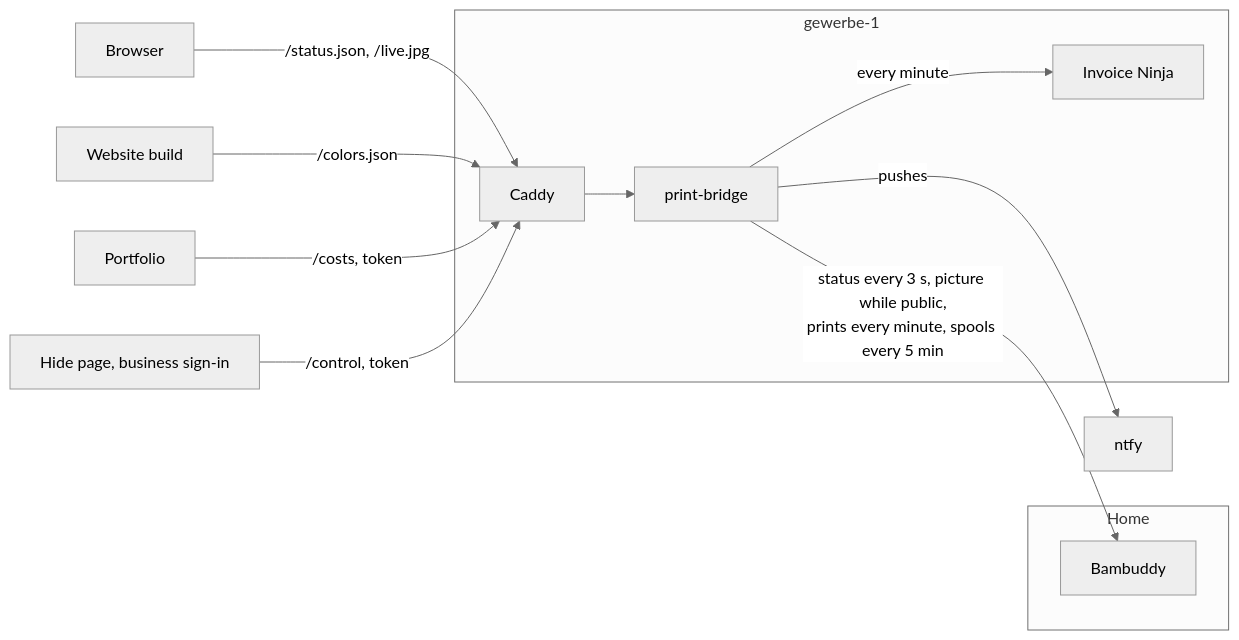
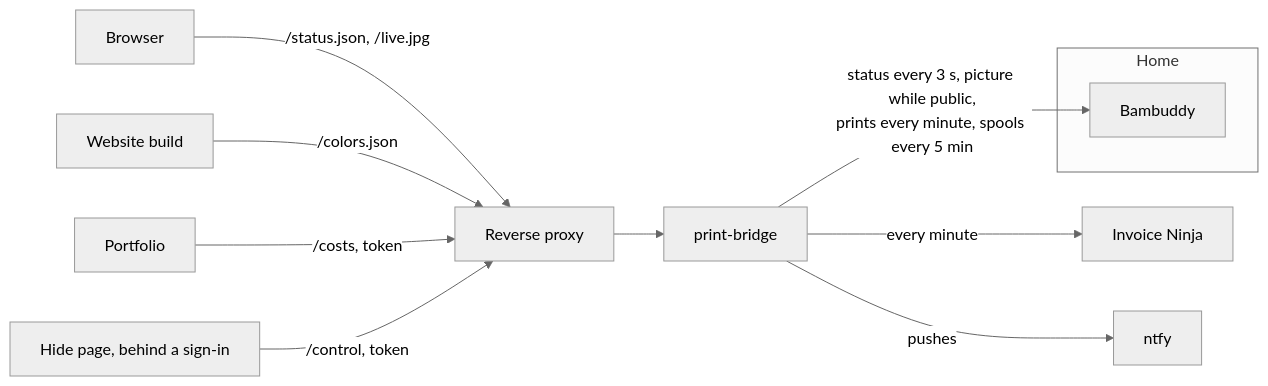
Before and after one commit to 3D-Bruckner/print-bridge: the diagram in README.md, drawn with Mermaid (neutral theme). The commit also changed other lines of this file and 1 other file, not shown here.

Commit message:
PRINT-BRIDGE #15: Keep where it runs out of the docs (#16)
* PRINT-BRIDGE #15: The hide page is print-bridge.3dbruckner.de

Claude-Session: https://claude.ai/code/session_01MmwmvsHLnEVSpV8K4xHe5Z

* PRINT-BRIDGE #15: Keep where it runs out of the docs

The README and CLAUDE.md named the server, the proxy, the sign-in and the
hide page's address. Those belong to the deployment (MarcelBruckner-Business
ansible and stacks); here the hide page is described as what the service
offers: /control, behind a sign-in.

Claude-Session: https://claude.ai/code/session_01MmwmvsHLnEVSpV8K4xHe5Z

---------

````diff
--- a/README.md
+++ b/README.md
@@ -5,19 +5,17 @@
 ```mermaid
 flowchart LR
   subgraph home["Home"]
     B["Bambuddy"]
   end
-  subgraph gewerbe["gewerbe-1"]
-    PB["print-bridge"]
-    IN["Invoice Ninja"]
-    C["Caddy"]
-  end
+  PB["print-bridge"]
+  IN["Invoice Ninja"]
+  C["Reverse proxy"]
   PB -->|"status every 3 s, picture while public,<br/>prints every minute, spools every 5 min"| B
   PB -->|"every minute"| IN
   PB -->|"pushes"| N["ntfy"]
   V["Browser"] -->|"/status.json, /live.jpg"| C
   W["Website build"] -->|"/colors.json"| C
   P["Portfolio"] -->|"/costs, token"| C
-  H["Hide page, business sign-in"] -->|"/control, token"| C
+  H["Hide page, behind a sign-in"] -->|"/control, token"| C
   C --> PB
 ```
````
